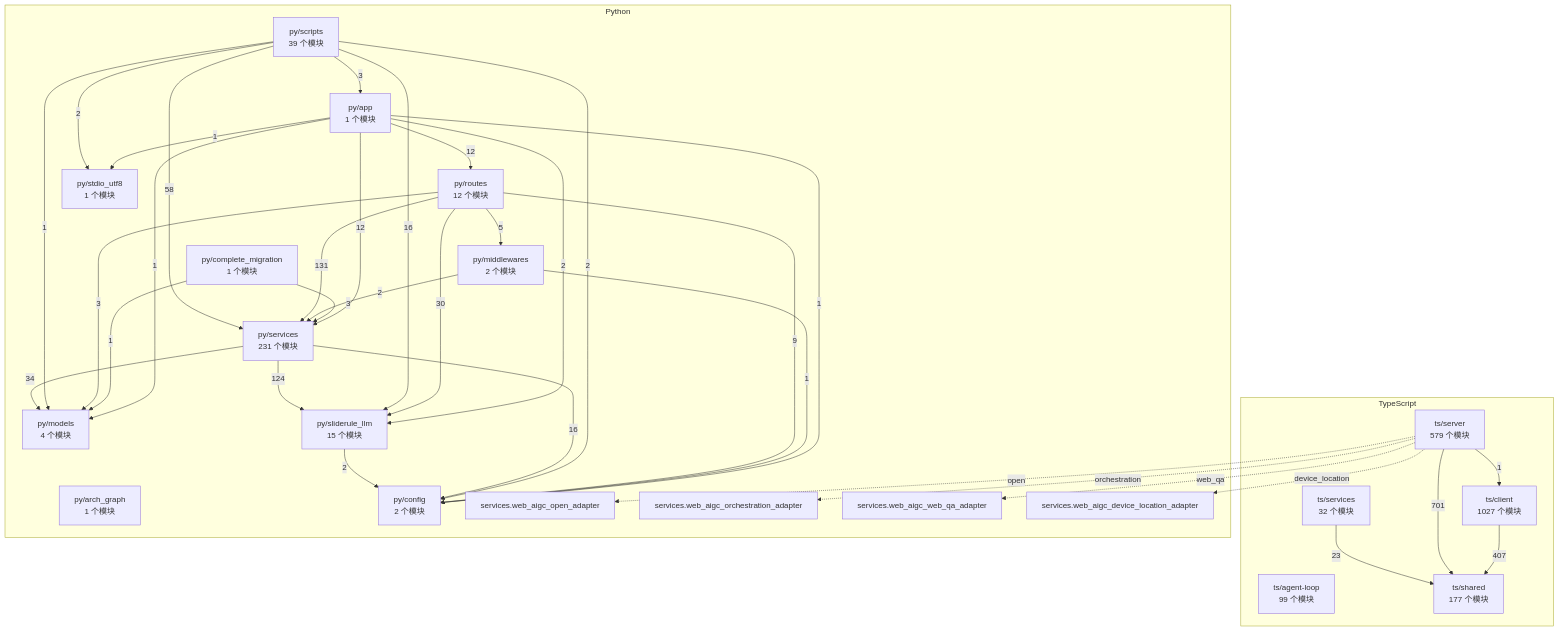
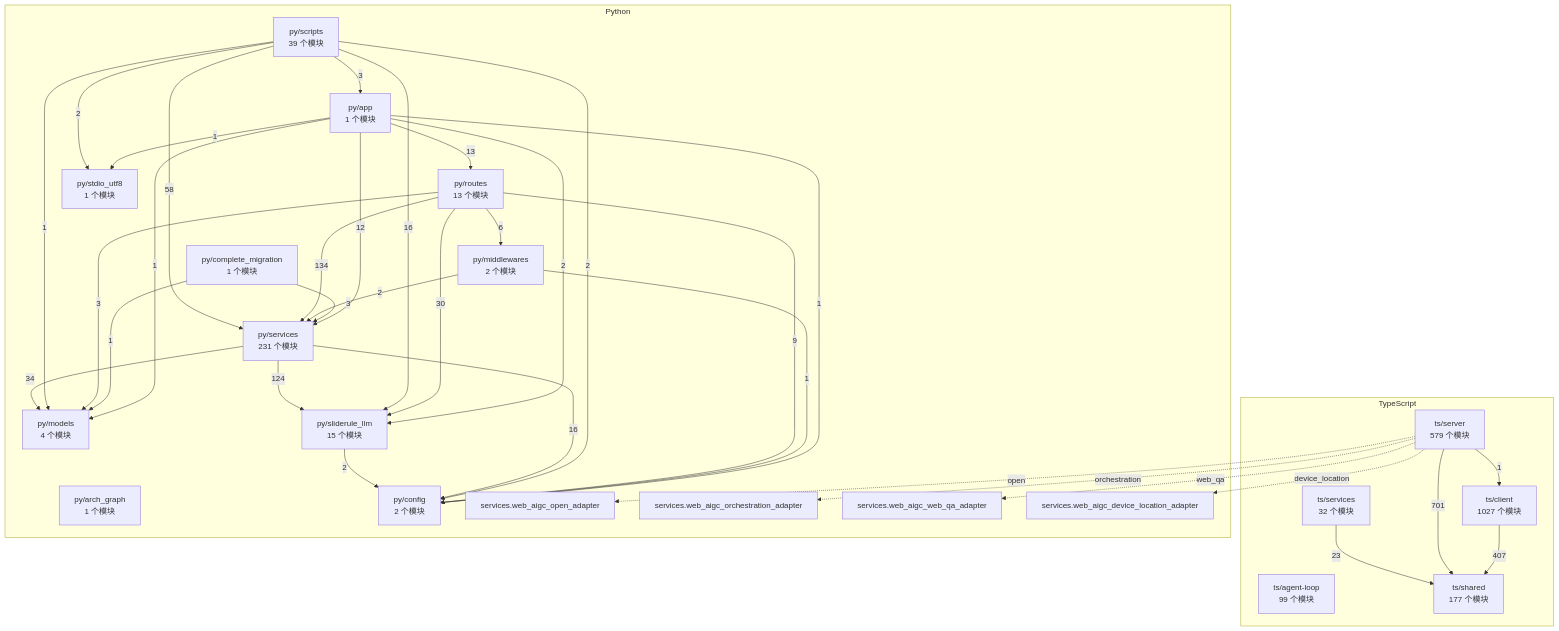
The diagram in docs/WhyBuddy 全仓架构图（自动生成）.md (2686521696/WhyBuddy), drawn with Mermaid before and after one commit. The commit also changed 5 other files, not shown here.

````diff
--- a/docs/WhyBuddy 全仓架构图（自动生成）.md
+++ b/docs/WhyBuddy 全仓架构图（自动生成）.md
@@ -14,60 +14,60 @@
 ```mermaid
 flowchart TB
   subgraph ts [TypeScript]
     ts_agent_loop["ts/agent-loop<br/>99 个模块"]
     ts_client["ts/client<br/>1027 个模块"]
     ts_server["ts/server<br/>579 个模块"]
     ts_services["ts/services<br/>32 个模块"]
     ts_shared["ts/shared<br/>177 个模块"]
   end
   subgraph py [Python]
     py_app["py/app<br/>1 个模块"]
     py_arch_graph["py/arch_graph<br/>1 个模块"]
     py_complete_migration["py/complete_migration<br/>1 个模块"]
     py_config["py/config<br/>2 个模块"]
     py_middlewares["py/middlewares<br/>2 个模块"]
     py_models["py/models<br/>4 个模块"]
-    py_routes["py/routes<br/>12 个模块"]
+    py_routes["py/routes<br/>13 个模块"]
     py_scripts["py/scripts<br/>39 个模块"]
     py_services["py/services<br/>231 个模块"]
     py_sliderule_llm["py/sliderule_llm<br/>15 个模块"]
     py_stdio_utf8["py/stdio_utf8<br/>1 个模块"]
     py_services_web_aigc_open_adapter["services.web_aigc_open_adapter"]
     py_services_web_aigc_orchestration_adapter["services.web_aigc_orchestration_adapter"]
     py_services_web_aigc_web_qa_adapter["services.web_aigc_web_qa_adapter"]
     py_services_web_aigc_device_location_adapter["services.web_aigc_device_location_adapter"]
   end
   ts_client -->|407| ts_shared
   ts_server -->|1| ts_client
   ts_server -->|701| ts_shared
   ts_services -->|23| ts_shared
   py_app -->|1| py_config
   py_app -->|1| py_models
-  py_app -->|12| py_routes
+  py_app -->|13| py_routes
   py_app -->|12| py_services
   py_app -->|2| py_sliderule_llm
   py_app -->|1| py_stdio_utf8
   py_complete_migration -->|1| py_models
   py_complete_migration -->|3| py_services
   py_middlewares -->|1| py_config
   py_middlewares -->|2| py_services
   py_routes -->|9| py_config
-  py_routes -->|5| py_middlewares
+  py_routes -->|6| py_middlewares
   py_routes -->|3| py_models
-  py_routes -->|131| py_services
+  py_routes -->|134| py_services
   py_routes -->|30| py_sliderule_llm
   py_scripts -->|3| py_app
   py_scripts -->|2| py_config
   py_scripts -->|1| py_models
   py_scripts -->|58| py_services
   py_scripts -->|16| py_sliderule_llm
   py_scripts -->|2| py_stdio_utf8
   py_services -->|16| py_config
   py_services -->|34| py_models
   py_services -->|124| py_sliderule_llm
   py_sliderule_llm -->|2| py_config
   ts_server -.->|open| py_services_web_aigc_open_adapter
   ts_server -.->|orchestration| py_services_web_aigc_orchestration_adapter
   ts_server -.->|web_qa| py_services_web_aigc_web_qa_adapter
   ts_server -.->|device_location| py_services_web_aigc_device_location_adapter
 ```
````
